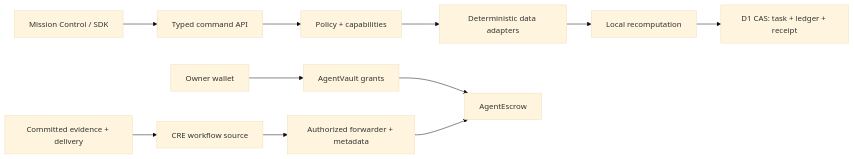
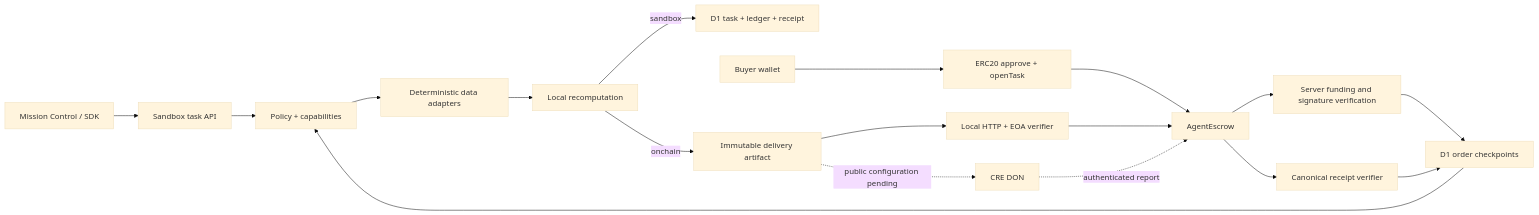
Before and after one commit to Michael2008S/ETHAgentOS: the diagram in docs/ARCHITECTURE.md, drawn with Mermaid (base theme). The commit also changed other lines of this file and 26 other files, not shown here.

````diff
--- a/docs/ARCHITECTURE.md
+++ b/docs/ARCHITECTURE.md
@@ -20,13 +20,20 @@
 ```mermaid
 flowchart LR
- U[Mission Control / SDK] --> A[Typed command API]
+ U[Mission Control / SDK] --> A[Sandbox task API]
  A --> P[Policy + capabilities]
  P --> E[Deterministic data adapters]
  E --> V[Local recomputation]
- V --> D[D1 CAS: task + ledger + receipt]
- B[Owner wallet] --> G[AgentVault grants]
+ V -->|sandbox| D[D1 task + ledger + receipt]
+ B[Buyer wallet] --> G[ERC20 approve + openTask]
  G --> C[AgentEscrow]
- H[Committed evidence + delivery] --> R[CRE workflow source]
- R --> F[Authorized forwarder + metadata]
- F --> C
+ C --> R[Server funding and signature verification]
+ R --> Q[D1 order checkpoints]
+ Q --> P
+ V -->|onchain| H[Immutable delivery artifact]
+ H --> L[Local HTTP + EOA verifier]
+ L --> C
+ H -. public configuration pending .-> W[CRE DON]
+ W -. authenticated report .-> C
+ C --> F[Canonical receipt verifier]
+ F --> Q
 ```
````
